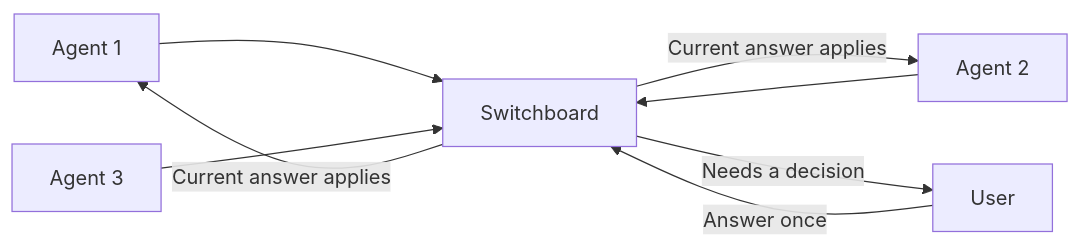
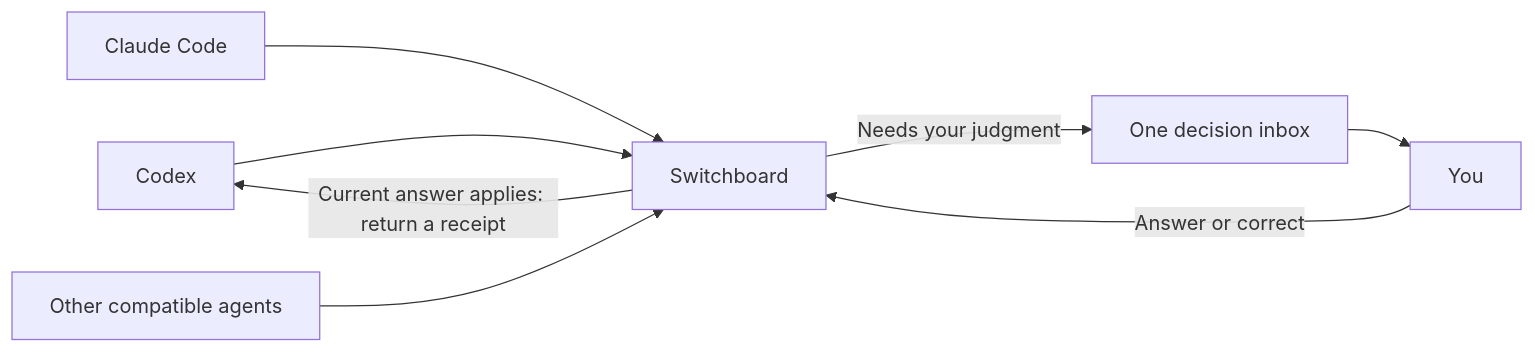
Before and after one commit to KanishkNoir/SwitchBoard: the first of 2 diagrams in README.md, drawn with Mermaid. The commit also changed other lines of this file, not shown here.

Commit message:
Tell Switchboard's shared-decision story and document verified support

````diff
--- a/README.md
+++ b/README.md
@@ -22,10 +24,10 @@
 ```mermaid
 flowchart LR
-    A[Agent 1] --> S[Switchboard]
-    B[Agent 2] --> S
-    C[Agent 3] --> S
-    S -->|Current answer applies| A
-    S -->|Current answer applies| B
-    S -->|Needs a decision| Y[User]
-    Y -->|Answer once| S
+    A[Codex] --> S[Switchboard]
+    B[Claude Code] --> S
+    C[Other compatible agents] --> S
+    S -->|Current answer applies: return a receipt| A
+    S -->|Needs your judgment| I[One decision inbox]
+    I --> Y[You]
+    Y -->|Answer or correct| S
 ```
````
